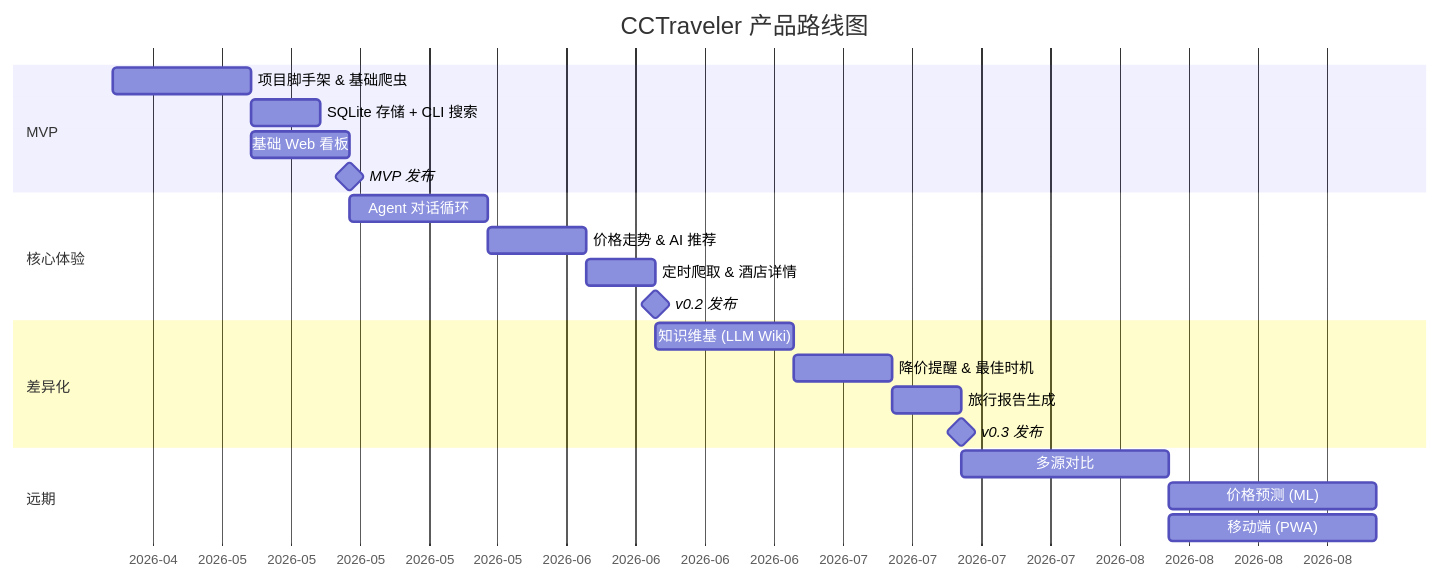
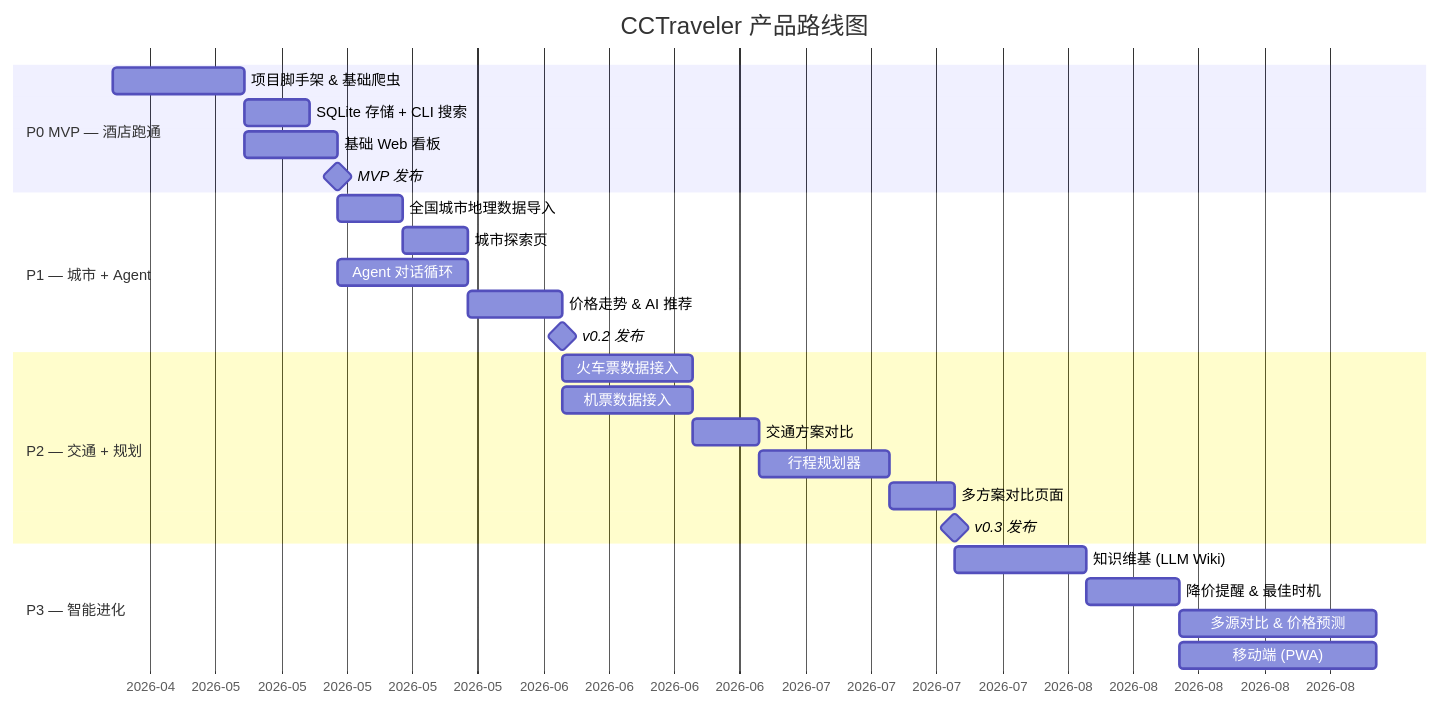
The seventh of 7 diagrams in docs/product.md (colna/CCTraveler), drawn with Mermaid before and after one commit. The commit also changed other lines of this file, not shown here.

````diff
--- a/docs/product.md
+++ b/docs/product.md
@@ -407,29 +592,33 @@
 ```mermaid
 gantt
     title CCTraveler 产品路线图
     dateFormat YYYY-MM-DD
     axisFormat %Y-%m
 
-    section MVP
+    section P0 MVP — 酒店跑通
     项目脚手架 & 基础爬虫      :a1, 2026-04-22, 14d
     SQLite 存储 + CLI 搜索     :a2, after a1, 7d
     基础 Web 看板              :a3, after a1, 10d
     MVP 发布                   :milestone, after a3, 0d
 
-    section 核心体验
-    Agent 对话循环              :b1, after a3, 14d
-    价格走势 & AI 推荐          :b2, after b1, 10d
-    定时爬取 & 酒店详情          :b3, after b2, 7d
+    section P1 — 城市 + Agent
+    全国城市地理数据导入         :b0, after a3, 7d
+    城市探索页                  :b1, after b0, 7d
+    Agent 对话循环              :b2, after a3, 14d
+    价格走势 & AI 推荐          :b3, after b2, 10d
     v0.2 发布                  :milestone, after b3, 0d
 
-    section 差异化
-    知识维基 (LLM Wiki)         :c1, after b3, 14d
-    降价提醒 & 最佳时机          :c2, after c1, 10d
-    旅行报告生成                :c3, after c2, 7d
-    v0.3 发布                  :milestone, after c3, 0d
+    section P2 — 交通 + 规划
+    火车票数据接入              :c1, after b3, 14d
+    机票数据接入                :c2, after b3, 14d
+    交通方案对比                :c3, after c1, 7d
+    行程规划器                  :c4, after c3, 14d
+    多方案对比页面              :c5, after c4, 7d
+    v0.3 发布                  :milestone, after c5, 0d
 
-    section 远期
-    多源对比                    :d1, after c3, 21d
-    价格预测 (ML)               :d2, after d1, 21d
-    移动端 (PWA)                :d3, after d1, 21d
+    section P3 — 智能进化
+    知识维基 (LLM Wiki)         :d1, after c5, 14d
+    降价提醒 & 最佳时机          :d2, after d1, 10d
+    多源对比 & 价格预测          :d3, after d2, 21d
+    移动端 (PWA)                :d4, after d2, 21d
 ```
````
